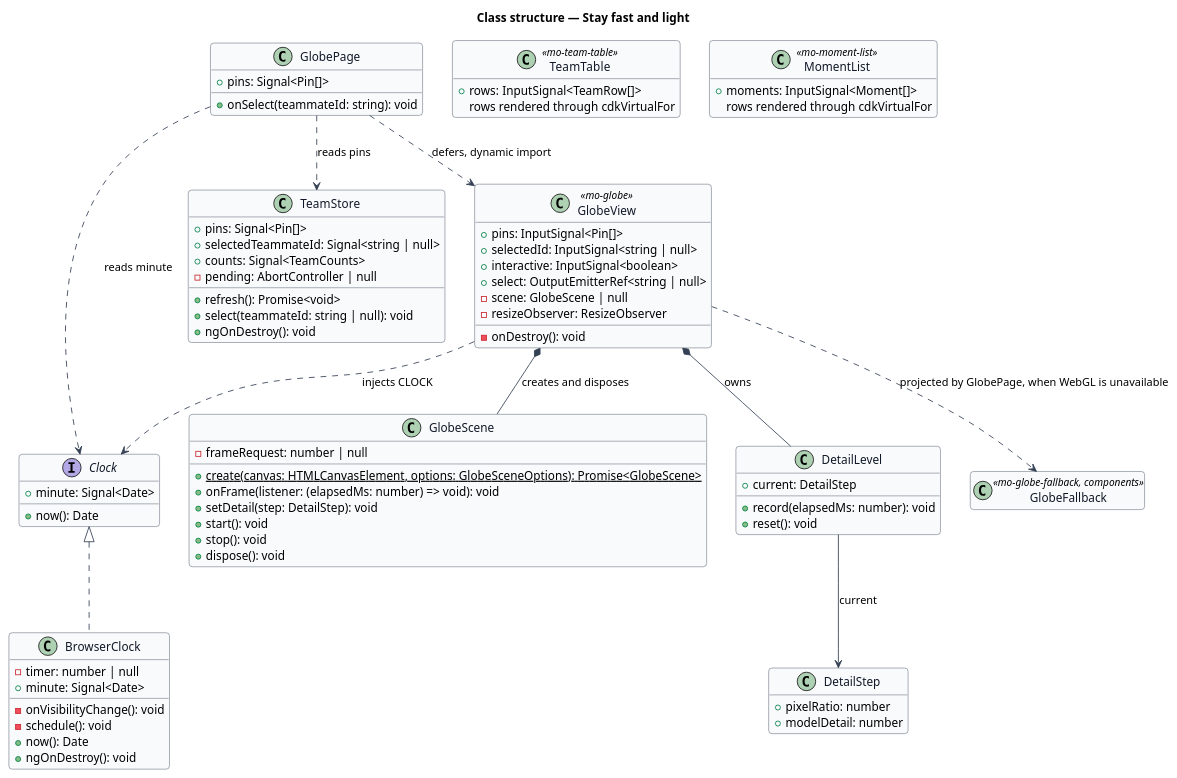
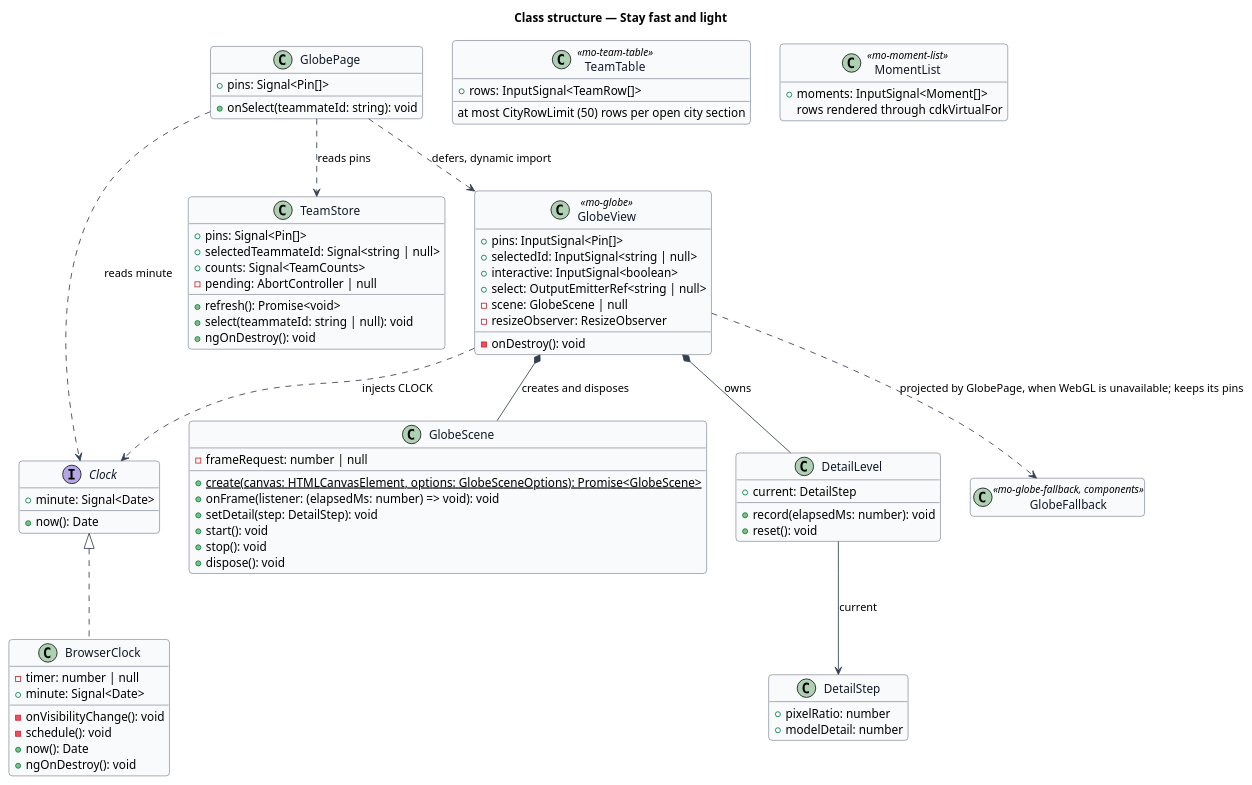
Before and after one commit to QuinntyneBrown/Mondino: the diagram in docs/detailed-designs/platform/stay-fast-and-light/diagrams/class-structure.puml, drawn with PlantUML. The commit also changed 16 other files, not shown here.

```diff
--- a/docs/detailed-designs/platform/stay-fast-and-light/diagrams/class-structure.puml
+++ b/docs/detailed-designs/platform/stay-fast-and-light/diagrams/class-structure.puml
@@ -1,97 +1,97 @@
 @startuml
 skinparam backgroundColor #FFFFFF
 skinparam shadowing false
 skinparam roundcorner 8
 skinparam defaultFontName Arial
 skinparam ArrowColor #344054
 skinparam class {
   BorderColor #344054
   FontColor #101828
   BackgroundColor #F9FAFB
 }
 hide empty members
 title Class structure — Stay fast and light
 
 interface Clock {
   +now(): Date
   +minute: Signal<Date>
 }
 
 class BrowserClock {
   -timer: number | null
   -onVisibilityChange(): void
   -schedule(): void
   +now(): Date
   +minute: Signal<Date>
   +ngOnDestroy(): void
 }
 
 class TeamStore {
   +pins: Signal<Pin[]>
   +selectedTeammateId: Signal<string | null>
   +counts: Signal<TeamCounts>
   -pending: AbortController | null
   +refresh(): Promise<void>
   +select(teammateId: string | null): void
   +ngOnDestroy(): void
 }
 
 class GlobePage {
   +pins: Signal<Pin[]>
   +onSelect(teammateId: string): void
 }
 
 class GlobeView <<mo-globe>> {
   +pins: InputSignal<Pin[]>
   +selectedId: InputSignal<string | null>
   +interactive: InputSignal<boolean>
   +select: OutputEmitterRef<string | null>
   -scene: GlobeScene | null
   -resizeObserver: ResizeObserver
   -onDestroy(): void
 }
 
 class GlobeScene {
   -frameRequest: number | null
   {static} +create(canvas: HTMLCanvasElement, options: GlobeSceneOptions): Promise<GlobeScene>
   +onFrame(listener: (elapsedMs: number) => void): void
   +setDetail(step: DetailStep): void
   +start(): void
   +stop(): void
   +dispose(): void
 }
 
 class DetailLevel {
   +current: DetailStep
   +record(elapsedMs: number): void
   +reset(): void
 }
 
 class DetailStep {
   +pixelRatio: number
   +modelDetail: number
 }
 
 class GlobeFallback <<mo-globe-fallback, components>> {
 }
 
 class TeamTable <<mo-team-table>> {
   +rows: InputSignal<TeamRow[]>
-  rows rendered through cdkVirtualFor
+  at most CityRowLimit (50) rows per open city section
 }
 
 class MomentList <<mo-moment-list>> {
   +moments: InputSignal<Moment[]>
   rows rendered through cdkVirtualFor
 }
 
 Clock <|.. BrowserClock
 GlobePage ..> TeamStore : reads pins
 GlobePage ..> Clock : reads minute
 GlobePage ..> GlobeView : defers, dynamic import
 GlobeView *-- GlobeScene : creates and disposes
-GlobeView ..> GlobeFallback : projected by GlobePage, when WebGL is unavailable
+GlobeView ..> GlobeFallback : projected by GlobePage, when WebGL is unavailable; keeps its pins
 GlobeView *-- DetailLevel : owns
 GlobeView ..> Clock : injects CLOCK
 DetailLevel --> DetailStep : current
 @enduml
```
